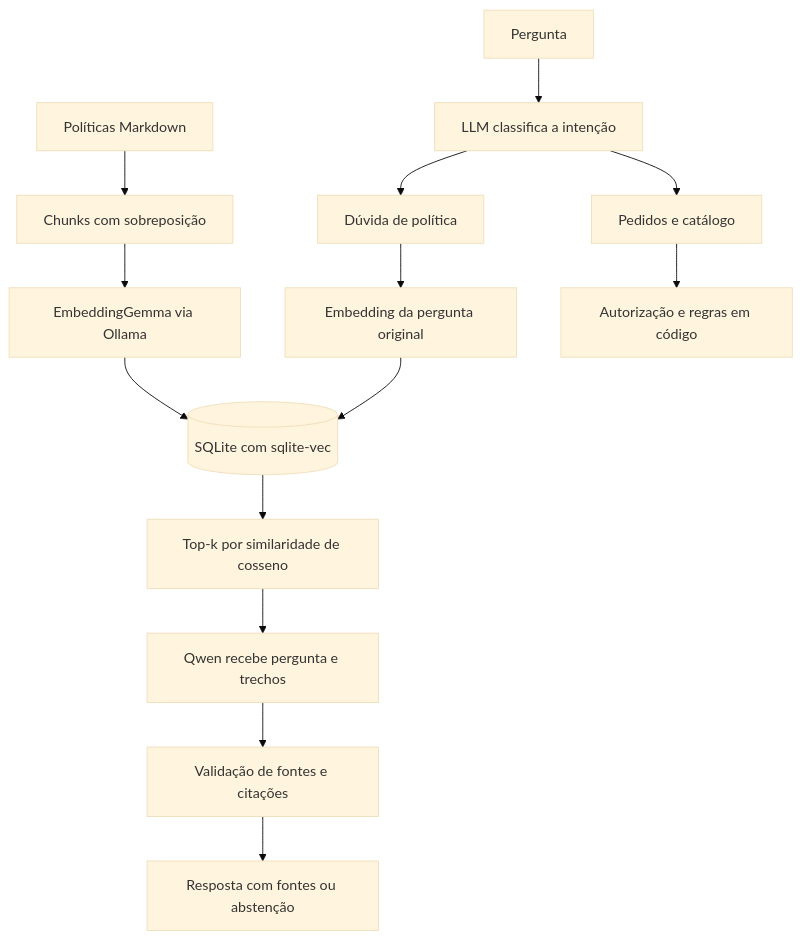
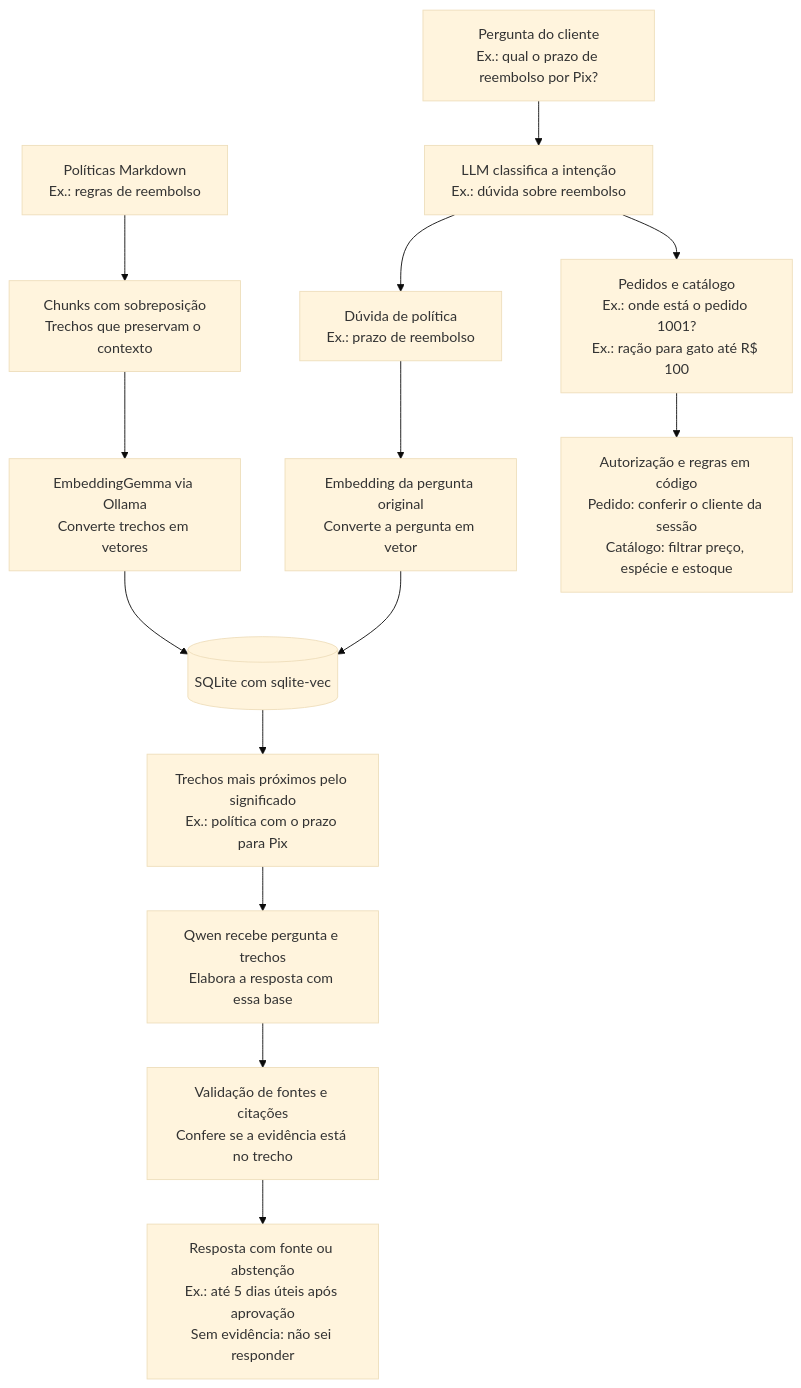
The diagram in README.md (MatheusAkira/Petz), drawn with Mermaid (base theme) before and after one commit. The commit also changed other lines of this file, not shown here.

````diff
--- a/README.md
+++ b/README.md
@@ -89,16 +89,16 @@
 ```mermaid
 flowchart TD
-    M[Políticas Markdown] --> C[Chunks com sobreposição]
-    C --> E[EmbeddingGemma via Ollama]
+    M["Políticas Markdown<br/>Ex.: regras de reembolso"] --> C["Chunks com sobreposição<br/>Trechos que preservam o contexto"]
+    C --> E["EmbeddingGemma via Ollama<br/>Converte trechos em vetores"]
     E --> DB[(SQLite com sqlite-vec)]
-    Q[Pergunta] --> L[LLM classifica a intenção]
-    L --> P[Dúvida de política]
-    P --> EQ[Embedding da pergunta original]
+    Q["Pergunta do cliente<br/>Ex.: qual o prazo de reembolso por Pix?"] --> L["LLM classifica a intenção<br/>Ex.: dúvida sobre reembolso"]
+    L --> P["Dúvida de política<br/>Ex.: prazo de reembolso"]
+    P --> EQ["Embedding da pergunta original<br/>Converte a pergunta em vetor"]
     EQ --> DB
-    DB --> K[Top-k por similaridade de cosseno]
-    K --> G[Qwen recebe pergunta e trechos]
-    G --> V[Validação de fontes e citações]
-    V --> R[Resposta com fontes ou abstenção]
-    L --> T[Pedidos e catálogo]
-    T --> A[Autorização e regras em código]
+    DB --> K["Trechos mais próximos pelo significado<br/>Ex.: política com o prazo para Pix"]
+    K --> G["Qwen recebe pergunta e trechos<br/>Elabora a resposta com essa base"]
+    G --> V["Validação de fontes e citações<br/>Confere se a evidência está no trecho"]
+    V --> R["Resposta com fonte ou abstenção<br/>Ex.: até 5 dias úteis após aprovação<br/>Sem evidência: não sei responder"]
+    L --> T["Pedidos e catálogo<br/>Ex.: onde está o pedido 1001?<br/>Ex.: ração para gato até R$ 100"]
+    T --> A["Autorização e regras em código<br/>Pedido: conferir o cliente da sessão<br/>Catálogo: filtrar preço, espécie e estoque"]
 ```
````
